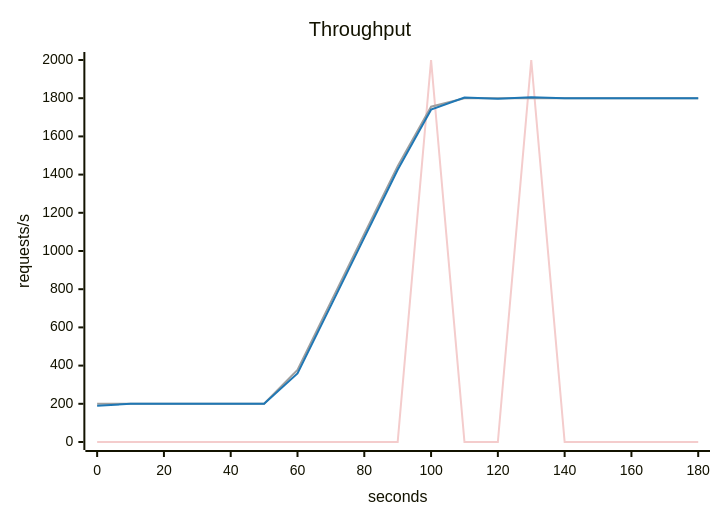
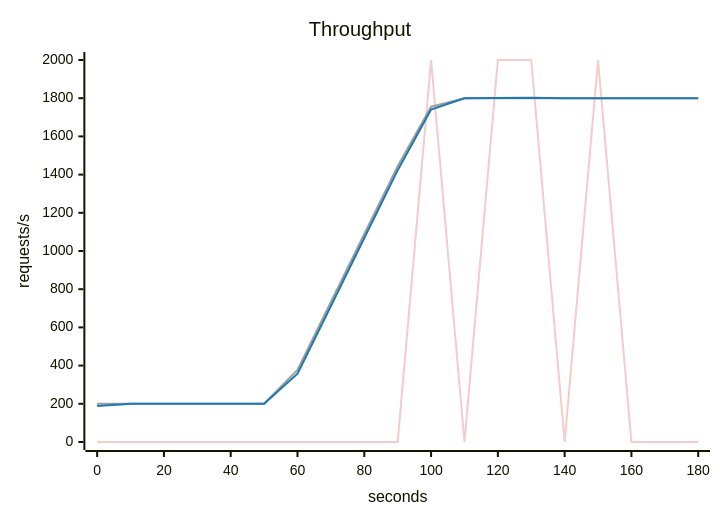
Before and after one commit to akinfemi/load-lore: the second of 5 diagrams in scenarios/featured-on-hacker-news/solutions/headroom/report.md, drawn with Mermaid. The commit also changed other lines of this file and 71 other files, not shown here.

````diff
--- a/scenarios/featured-on-hacker-news/solutions/headroom/report.md
+++ b/scenarios/featured-on-hacker-news/solutions/headroom/report.md
@@ -38,16 +39,16 @@
 ```mermaid
 ---
 config:
   themeVariables:
     xyChart:
       backgroundColor: "transparent"
       plotColorPalette: "#f4cccc, #9e9e9e, #1f77b4"
 ---
 xychart-beta
     title "Throughput"
     x-axis "seconds" 0 --> 180
     y-axis "requests/s" 0 --> 2000
-    line [0, 0, 0, 0, 0, 0, 0, 0, 0, 0, 2000, 0, 0, 2000, 0, 0, 0, 0, 0]
+    line [0, 0, 0, 0, 0, 0, 0, 0, 0, 0, 2000, 0, 2000, 2000, 0, 2000, 0, 0, 0]
     line [200, 200, 200, 200, 200, 200, 377.778, 733.333, 1088.889, 1444.444, 1755.556, 1800, 1800, 1800, 1800, 1800, 1800, 1800, 1800]
-    line [189.323, 199.934, 199.984, 200.101, 200.004, 200.032, 359.253, 714.034, 1069.78, 1425.561, 1740.1, 1803.387, 1797.169, 1804.516, 1800.059, 1800.182, 1799.741, 1800.109, 1799.856]
+    line [188.168, 199.969, 200.045, 199.985, 199.925, 200.05, 357.379, 711.975, 1067.779, 1423.25, 1740.881, 1799.71, 1801.11, 1802.549, 1800.096, 1800.052, 1800.202, 1799.695, 1800.194]
 ```
````
